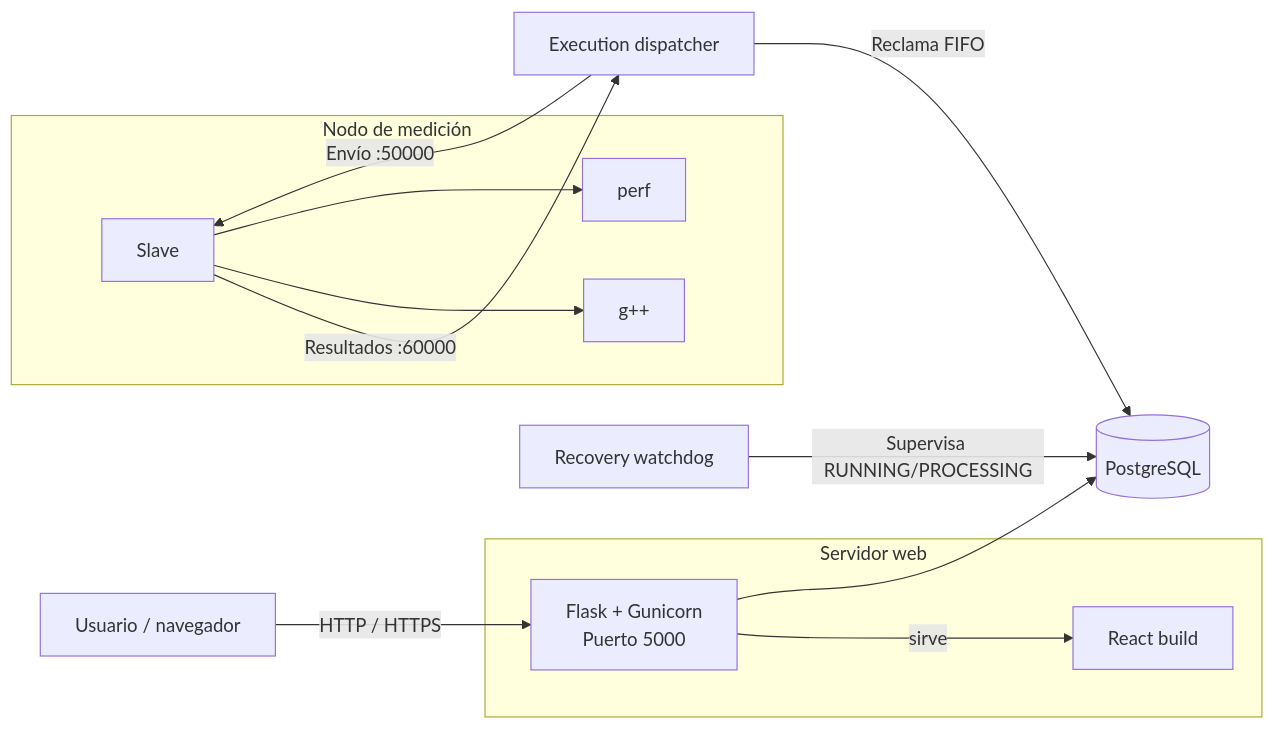
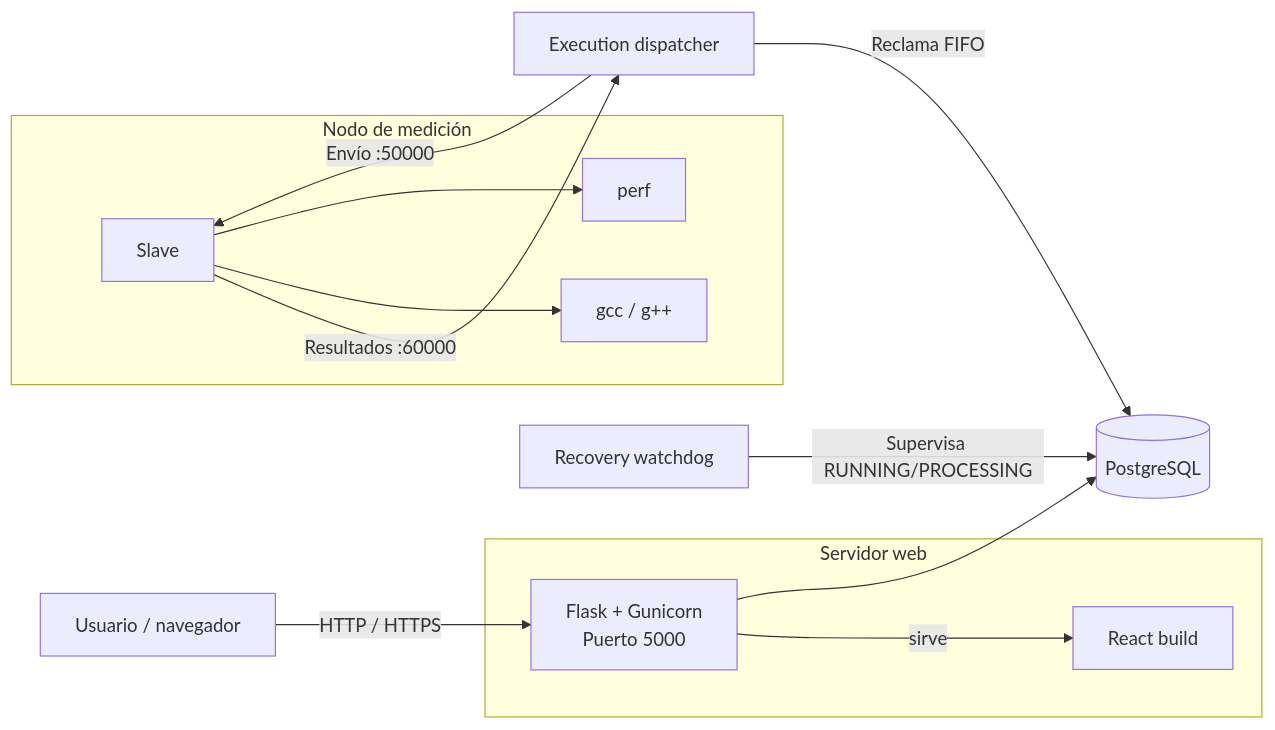
One commit to algorithms-diicc/performance-system changed the first of 2 diagrams in README.md. Above: the diagram before and after it, drawn with Mermaid. The commit also changed other lines of this file and 38 other files, not shown here.

````diff
--- a/README.md
+++ b/README.md
@@ -37,33 +37,33 @@
 ```mermaid
 flowchart LR
     U["Usuario / navegador"]
 
     subgraph WEB["Servidor web"]
         G["Flask + Gunicorn<br/>Puerto 5000"]
         R["React build"]
     end
 
     DB[("PostgreSQL")]
 
     subgraph NODE["Nodo de medición"]
         S["Slave"]
-        C["g++"]
+        C["gcc / g++"]
         P["perf"]
     end
 
     D["Execution dispatcher"]
     W["Recovery watchdog"]
 
     U -->|HTTP / HTTPS| G
     G -->|sirve| R
     G --> DB
 
     D -->|Reclama FIFO| DB
     D -->|Envío :50000| S
     S -->|Resultados :60000| D
 
     S --> C
     S --> P
 
     W -->|Supervisa RUNNING/PROCESSING| DB
 ```
````
